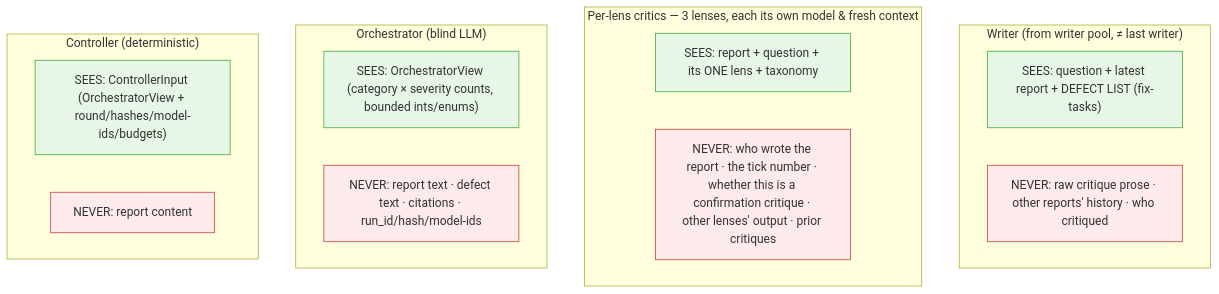
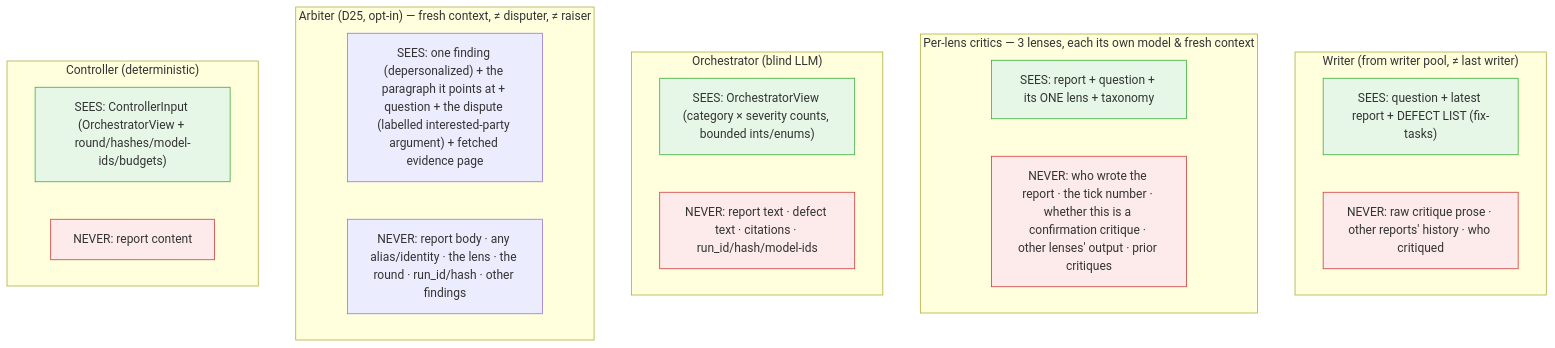
One commit to NickBorgers/reasonable-answer changed the first of 4 diagrams in docs/isolation.md. Above: the diagram before and after it, drawn with Mermaid. The commit also changed other lines of this file and 16 other files, not shown here.

First line of the commit message:
feat: writer dispute channel with mechanical-first, identity-blind adjudication (D25) (#44)

````diff
--- a/docs/isolation.md
+++ b/docs/isolation.md
@@ -48,24 +48,28 @@
 ```mermaid
 flowchart TB
     subgraph GEN["Writer (from writer pool, ≠ last writer)"]
         Gin["SEES: question + latest report + DEFECT LIST (fix-tasks)"]
         Gno["NEVER: raw critique prose · other reports' history · who critiqued"]
     end
     subgraph CRIT["Per-lens critics — 3 lenses, each its own model &amp; fresh context"]
         Cin["SEES: report + question + its ONE lens + taxonomy"]
         Cno["NEVER: who wrote the report · the tick number · whether this is a confirmation critique · other lenses' output · prior critiques"]
     end
     subgraph ORC["Orchestrator (blind LLM)"]
         Oin["SEES: OrchestratorView (category × severity counts, bounded ints/enums)"]
         Ono["NEVER: report text · defect text · citations · run_id/hash/model-ids"]
     end
+    subgraph ARB["Arbiter (D25, opt-in) — fresh context, ≠ disputer, ≠ raiser"]
+        Ain["SEES: one finding (depersonalized) + the paragraph it points at + question + the dispute (labelled interested-party argument) + fetched evidence page"]
+        Ano["NEVER: report body · any alias/identity · the lens · the round · run_id/hash · other findings"]
+    end
     subgraph CT["Controller (deterministic)"]
         CTin["SEES: ControllerInput (OrchestratorView + round/hashes/model-ids/budgets)"]
         CTno["NEVER: report content"]
     end
 
     classDef see fill:#e7f7e7,stroke:#3a3;
     classDef no fill:#fdeaea,stroke:#c33;
     class Gin,Cin,Oin,CTin see;
     class Gno,Cno,Ono,CTno no;
 ```
````
